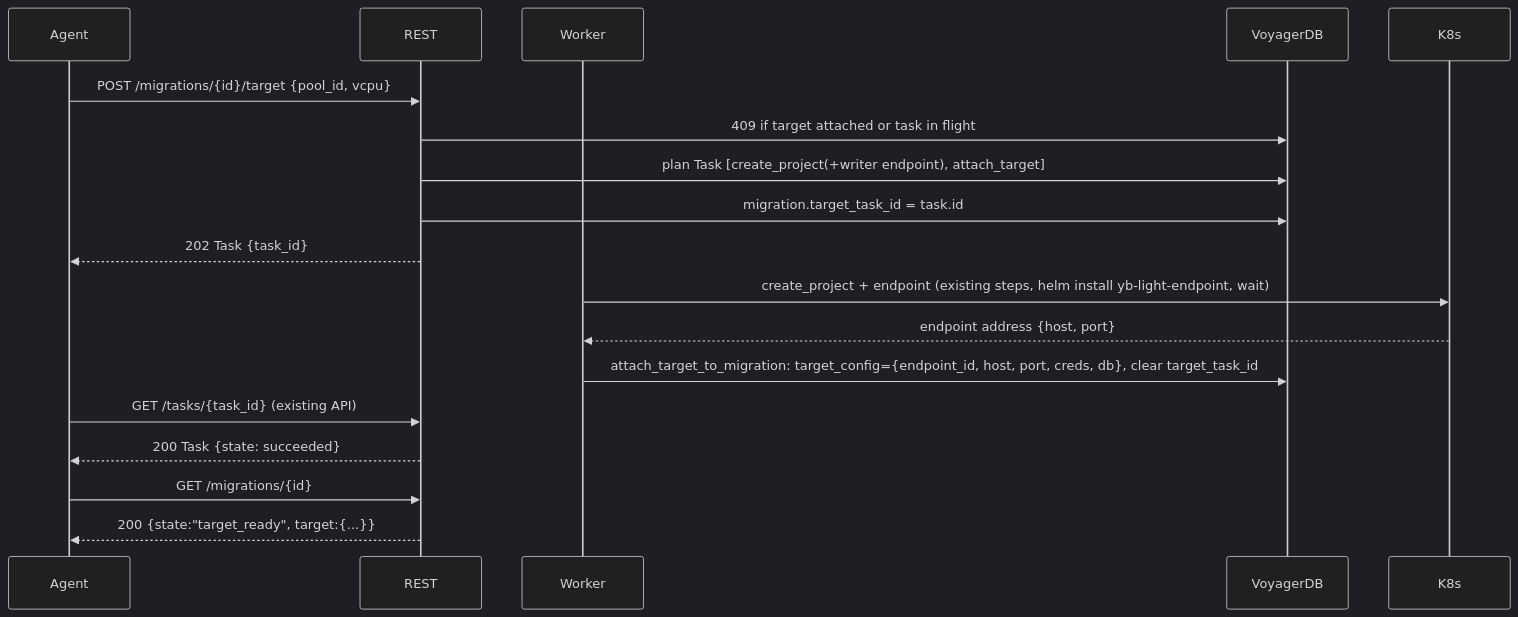
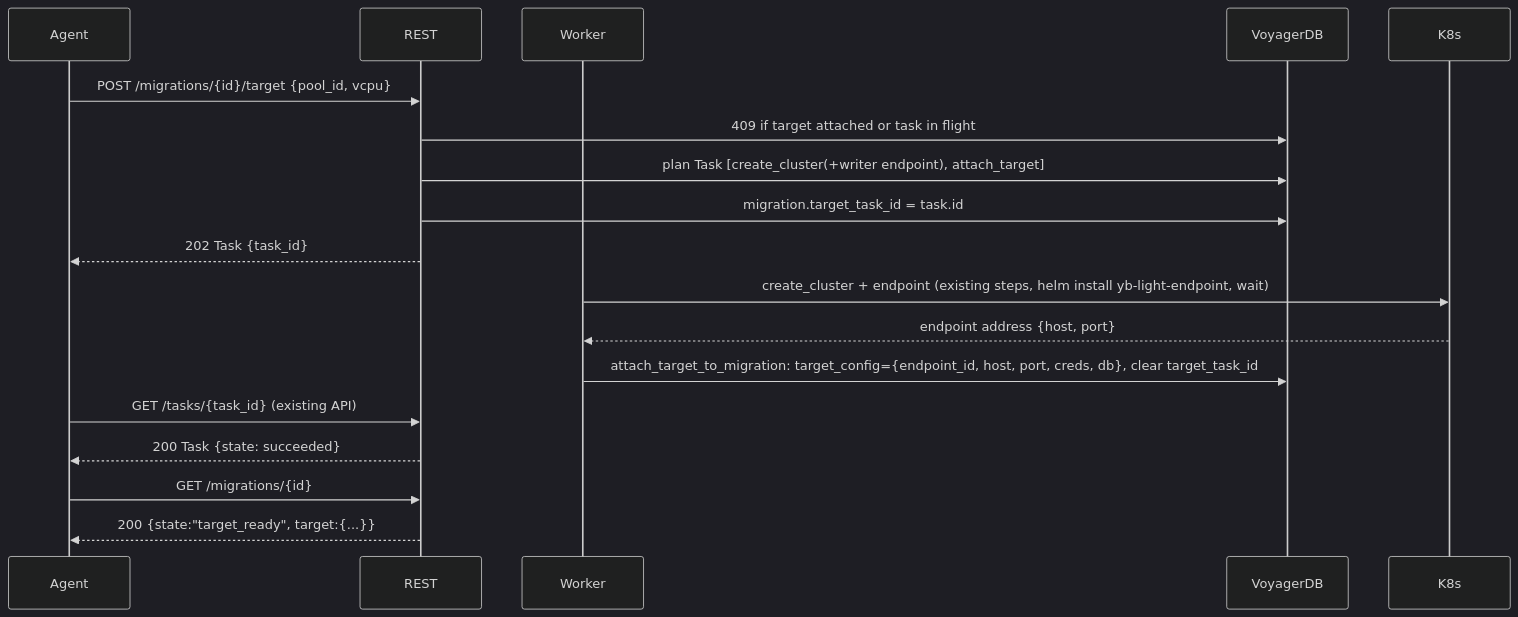
The third of 5 diagrams in amp/controller/architecture/voyager/ac-voyager.md (yugabyte/meko), drawn with Mermaid (dark theme) before and after one commit. The commit also changed other lines of this file and 178 other files, not shown here.

First line of the commit message:
amp: rename the project resource to cluster (#671)

````diff
--- a/amp/controller/architecture/voyager/ac-voyager.md
+++ b/amp/controller/architecture/voyager/ac-voyager.md
@@ -760,20 +760,20 @@
 ```mermaid
 sequenceDiagram
   participant Agent
   participant REST
   participant Worker
   participant VoyagerDB
   participant K8s
   Agent->>REST: POST /migrations/{id}/target {pool_id, vcpu}
   REST->>VoyagerDB: 409 if target attached or task in flight
-  REST->>VoyagerDB: plan Task [create_project(+writer endpoint), attach_target]
+  REST->>VoyagerDB: plan Task [create_cluster(+writer endpoint), attach_target]
   REST->>VoyagerDB: migration.target_task_id = task.id
   REST-->>Agent: 202 Task {task_id}
-  Worker->>K8s: create_project + endpoint (existing steps, helm install yb-light-endpoint, wait)
+  Worker->>K8s: create_cluster + endpoint (existing steps, helm install yb-light-endpoint, wait)
   K8s-->>Worker: endpoint address {host, port}
   Worker->>VoyagerDB: attach_target_to_migration: target_config={endpoint_id, host, port, creds, db}, clear target_task_id
   Agent->>REST: GET /tasks/{task_id}  (existing API)
   REST-->>Agent: 200 Task {state: succeeded}
   Agent->>REST: GET /migrations/{id}
   REST-->>Agent: 200 {state:"target_ready", target:{...}}
 ```
````
